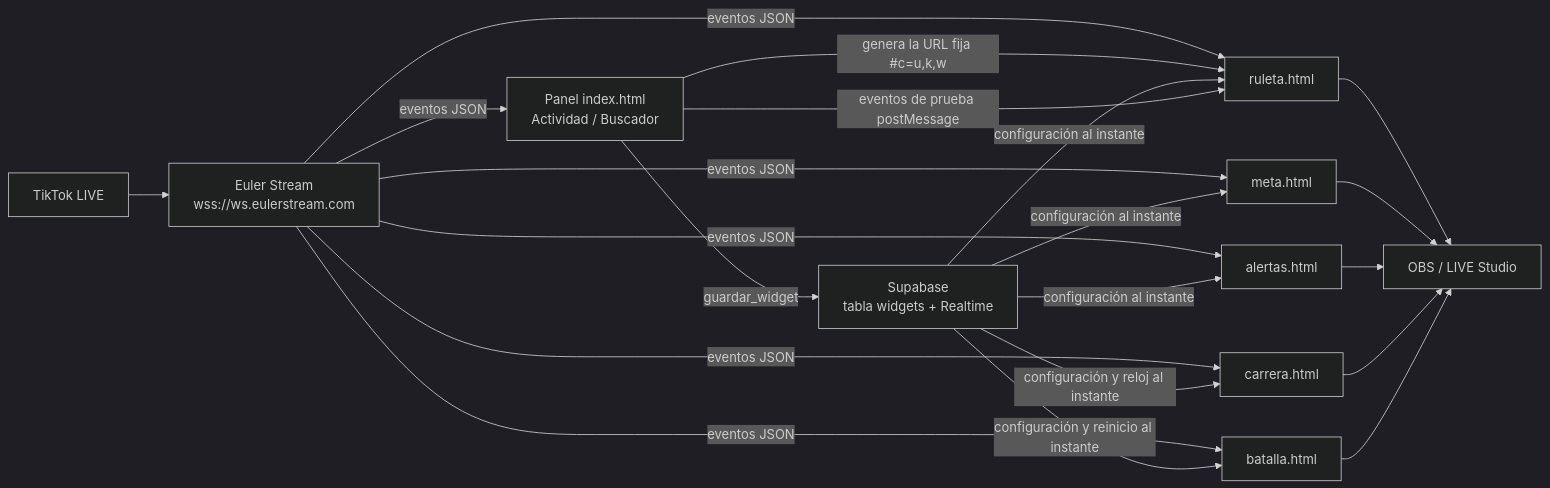
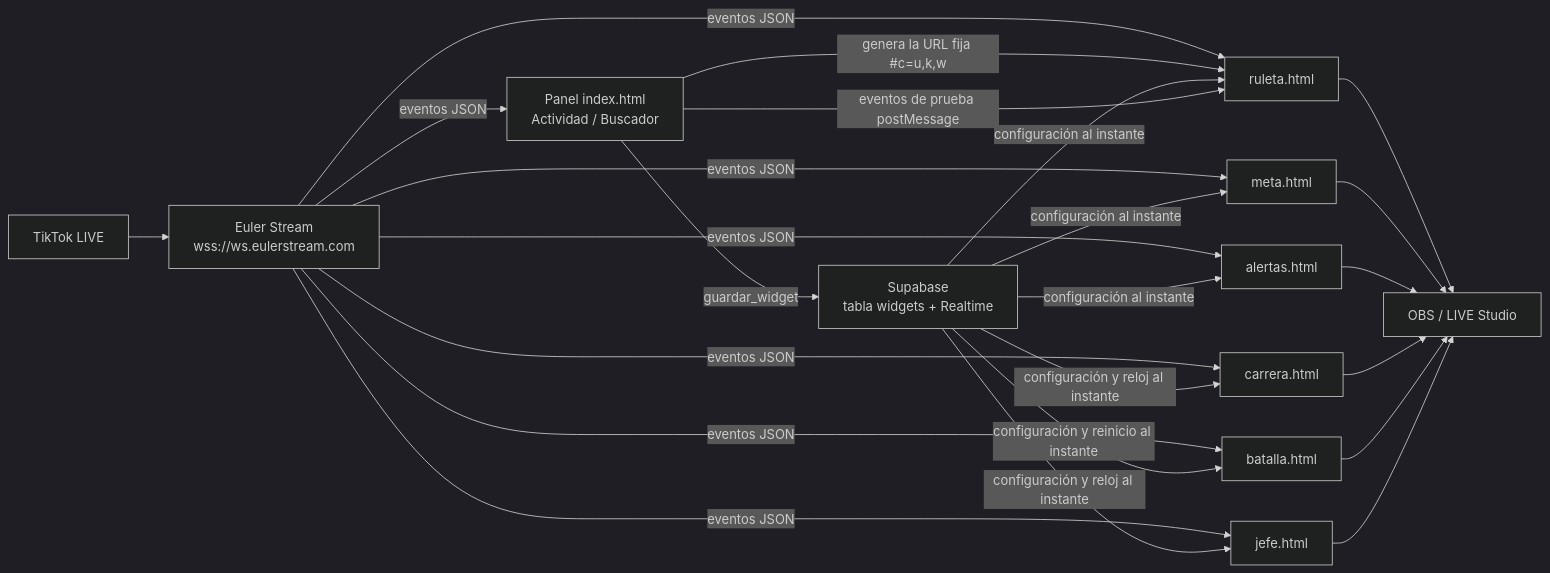
One commit to ardiladev/live-tools changed the first of 2 diagrams in README.md. Above: the diagram before and after it, drawn with Mermaid (dark theme). The commit also changed other lines of this file and 6 other files, not shown here.

````diff
--- a/README.md
+++ b/README.md
@@ -116,23 +118,26 @@
 ```mermaid
 flowchart LR
   TT[TikTok LIVE] --> EU[Euler Stream<br/>wss://ws.eulerstream.com]
   EU -->|eventos JSON| W1[ruleta.html]
   EU -->|eventos JSON| W2[meta.html]
   EU -->|eventos JSON| W3[alertas.html]
   EU -->|eventos JSON| W4[carrera.html]
   EU -->|eventos JSON| W5[batalla.html]
+  EU -->|eventos JSON| W6[jefe.html]
   EU -->|eventos JSON| P[Panel index.html<br/>Actividad / Buscador]
   P -->|genera la URL fija #c=u,k,w| W1
   P -->|guardar_widget| SB[Supabase<br/>tabla widgets + Realtime]
   SB -->|configuración al instante| W1
   SB -->|configuración al instante| W2
   SB -->|configuración al instante| W3
   SB -->|configuración y reloj al instante| W4
   SB -->|configuración y reinicio al instante| W5
+  SB -->|configuración y reloj al instante| W6
   P -->|eventos de prueba postMessage| W1
   W1 --> OBS[OBS / LIVE Studio]
   W2 --> OBS
   W3 --> OBS
   W4 --> OBS
   W5 --> OBS
+  W6 --> OBS
 ```
````
